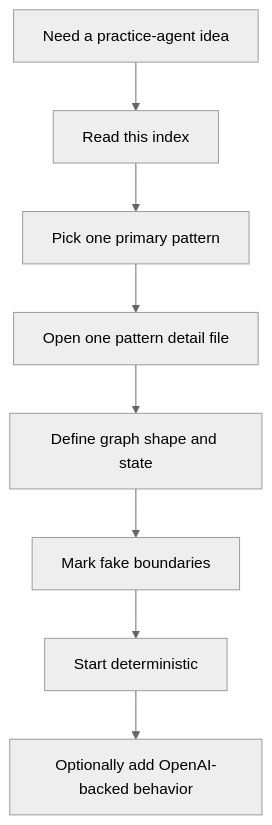
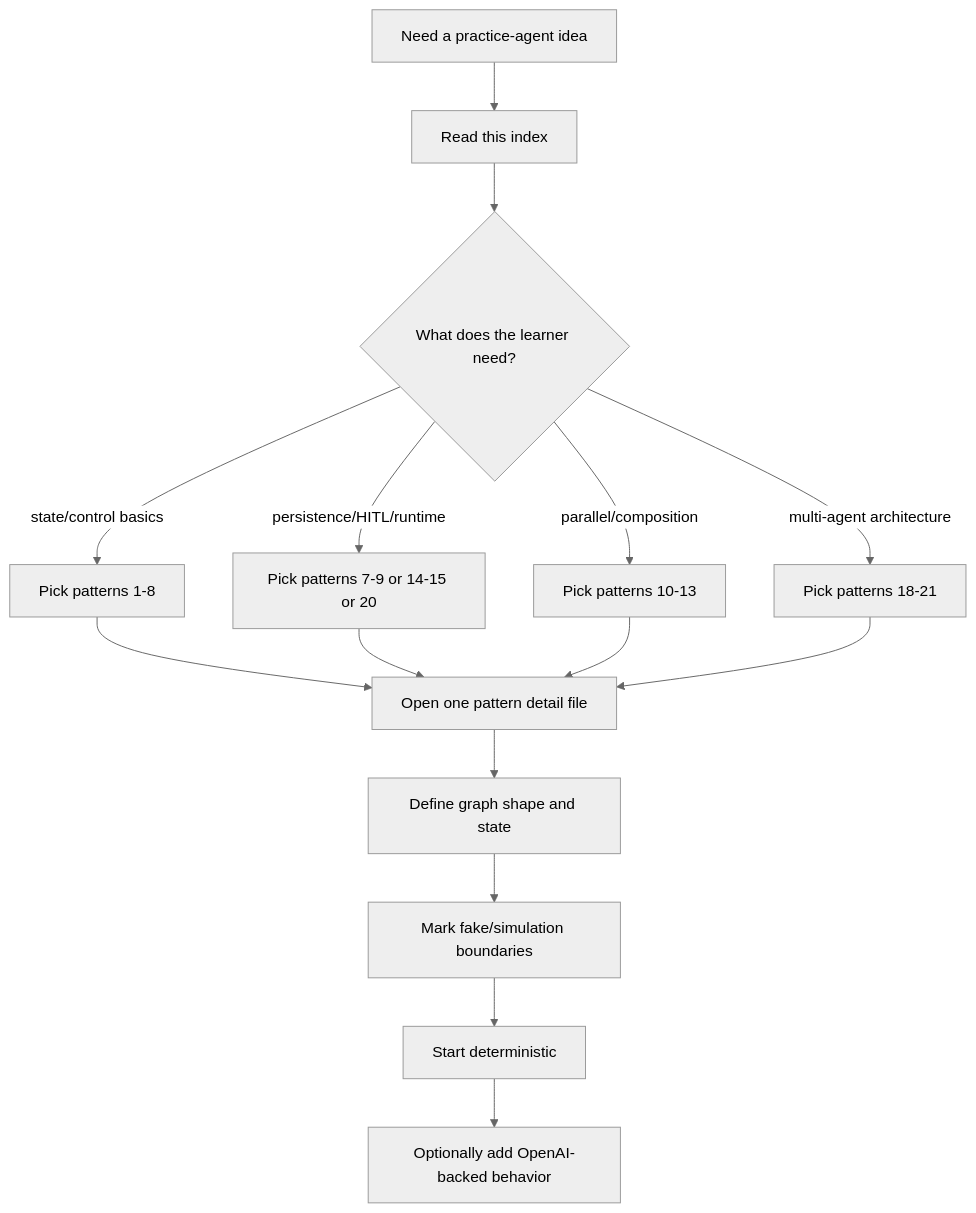
One commit to heecheon92/langgraph-playground changed the first of 2 diagrams in docs/agent-patterns/README.md. Above: the diagram before and after it, drawn with Mermaid (neutral theme). The commit also changed other lines of this file and 24 other files, not shown here.

````diff
--- a/docs/agent-patterns/README.md
+++ b/docs/agent-patterns/README.md
@@ -33,10 +44,17 @@
 ```mermaid
 flowchart TD
     Start[Need a practice-agent idea] --> Index[Read this index]
-    Index --> Pick[Pick one primary pattern]
-    Pick --> Detail[Open one pattern detail file]
+    Index --> Goal{What does the learner need?}
+    Goal -->|state/control basics| Early[Pick patterns 1-8]
+    Goal -->|persistence/HITL/runtime| Runtime[Pick patterns 7-9 or 14-15 or 20]
+    Goal -->|parallel/composition| Scale[Pick patterns 10-13]
+    Goal -->|multi-agent architecture| Multi[Pick patterns 18-21]
+    Early --> Detail[Open one pattern detail file]
+    Runtime --> Detail
+    Scale --> Detail
+    Multi --> Detail
     Detail --> Shape[Define graph shape and state]
-    Shape --> Fake[Mark fake boundaries]
+    Shape --> Fake[Mark fake/simulation boundaries]
     Fake --> Offline[Start deterministic]
     Offline --> Optional[Optionally add OpenAI-backed behavior]
 ```
````
